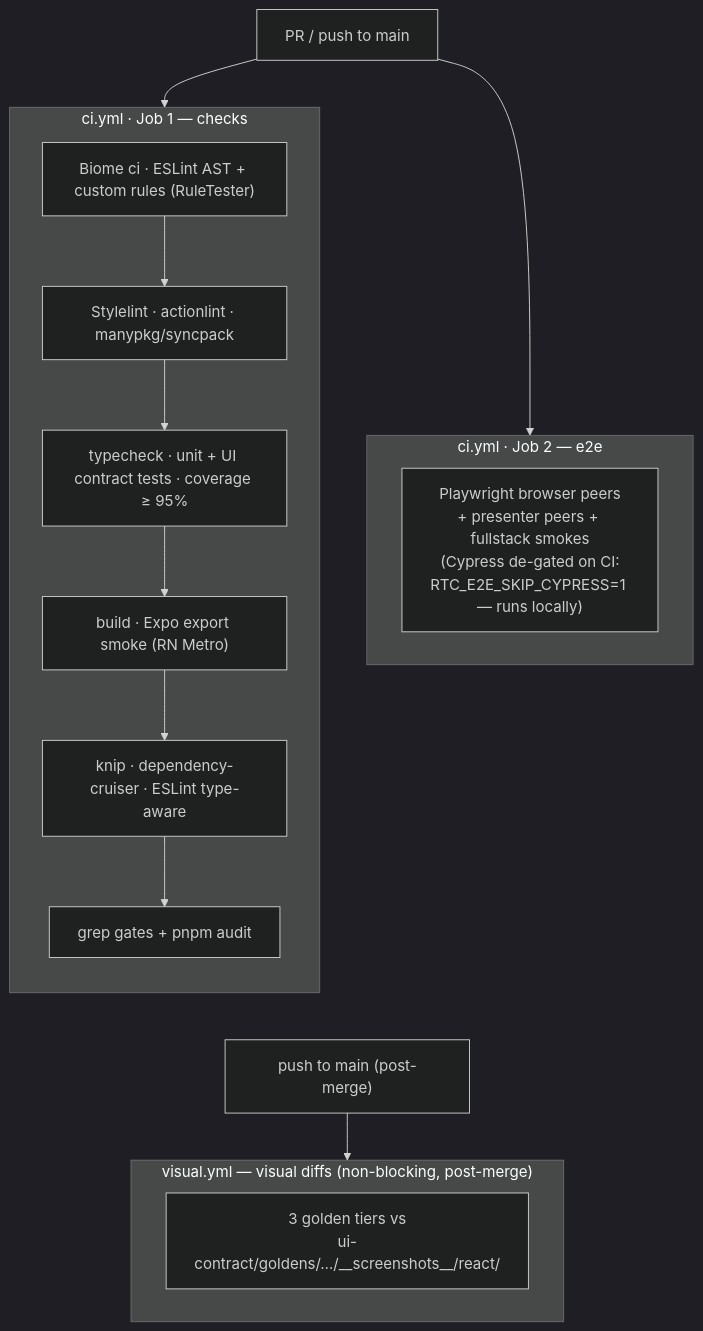
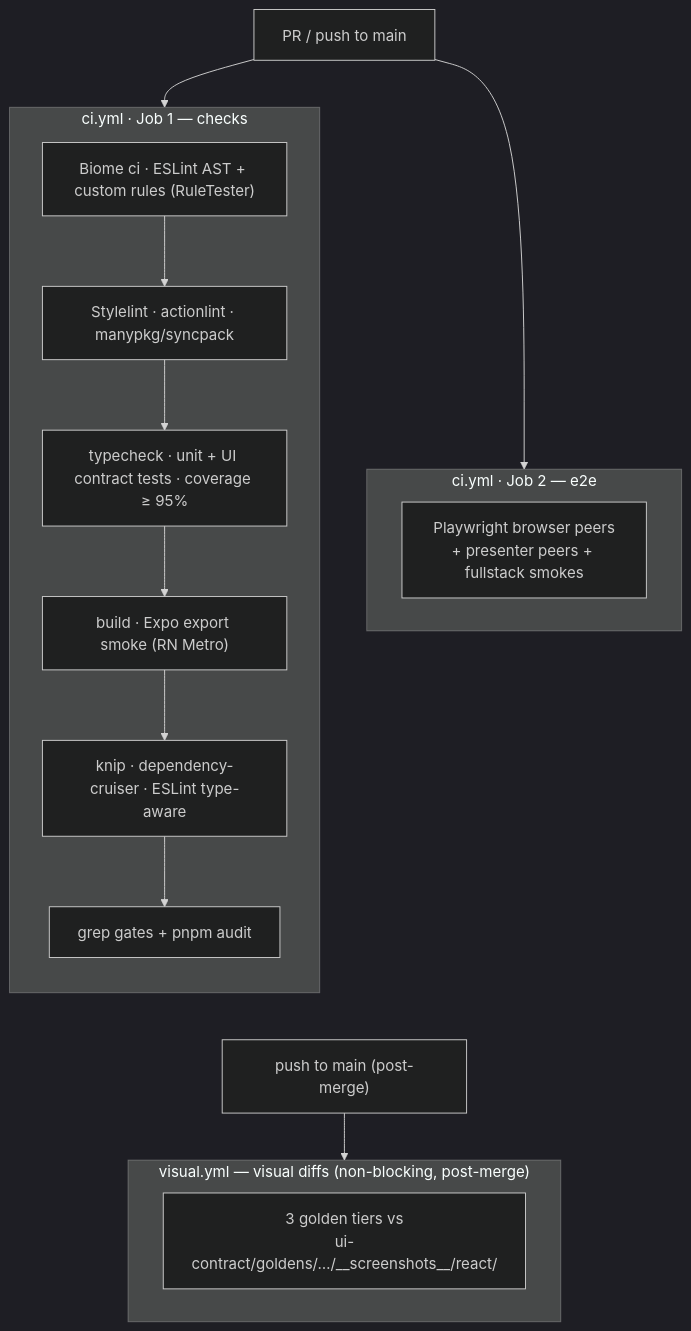
Before and after one commit to bettersoftware-io/ReactiveTraderCloudClone: the diagram in docs/architecture/09-test-strategy.md, drawn with Mermaid (dark theme). The commit also changed other lines of this file and 80 other files, not shown here.

First line of the commit message:
refactor(e2e)!: delete both Cypress suites — native Playwright is the browser-driver verdict

````diff
--- a/docs/architecture/09-test-strategy.md
+++ b/docs/architecture/09-test-strategy.md
@@ -165,25 +160,25 @@
 ```mermaid
 flowchart TD
     trigger["PR / push to main"]
     trigger --> checks
     trigger --> e2e
     subgraph checks["ci.yml · Job 1 — checks"]
         direction TB
         c1["Biome ci · ESLint AST + custom rules (RuleTester)"]
         c1 --> c3["Stylelint · actionlint · manypkg/syncpack"]
         c3 --> c4["typecheck · unit + UI contract tests · coverage ≥ 95%"]
         c4 --> c6["build · Expo export smoke (RN Metro)"]
         c6 --> c7["knip · dependency-cruiser · ESLint type-aware"]
         c7 --> c8["grep gates + pnpm audit"]
     end
     subgraph e2e["ci.yml · Job 2 — e2e"]
-        e1["Playwright browser peers<br/>+ presenter peers + fullstack smokes<br/>(Cypress de-gated on CI:<br/>RTC_E2E_SKIP_CYPRESS=1 — runs locally)"]
+        e1["Playwright browser peers<br/>+ presenter peers + fullstack smokes"]
     end
     checks ~~~ postmerge
     e2e ~~~ postmerge
     postmerge["push to main (post-merge)"]
     postmerge --> visual
     subgraph visual["visual.yml — visual diffs (non-blocking, post-merge)"]
         v1["3 golden tiers vs<br/>ui-contract/goldens/…/__screenshots__/react/"]
     end
 ```
````
